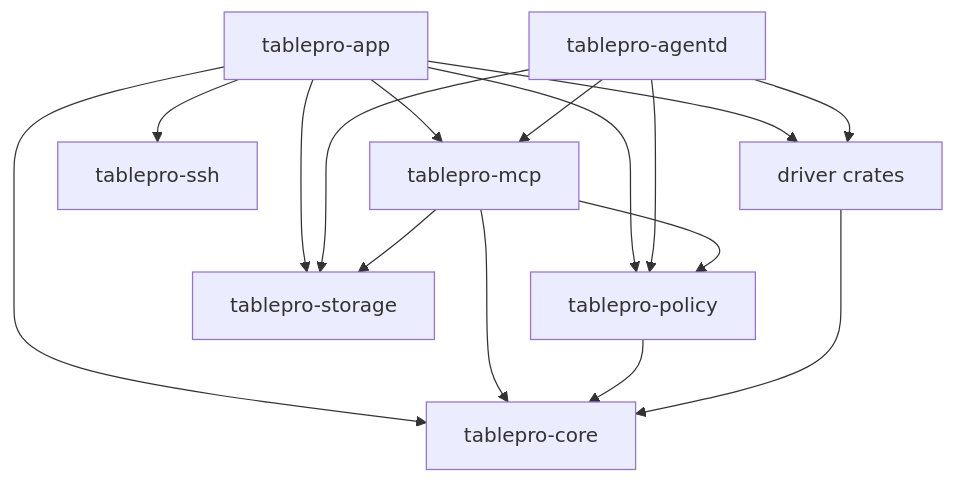
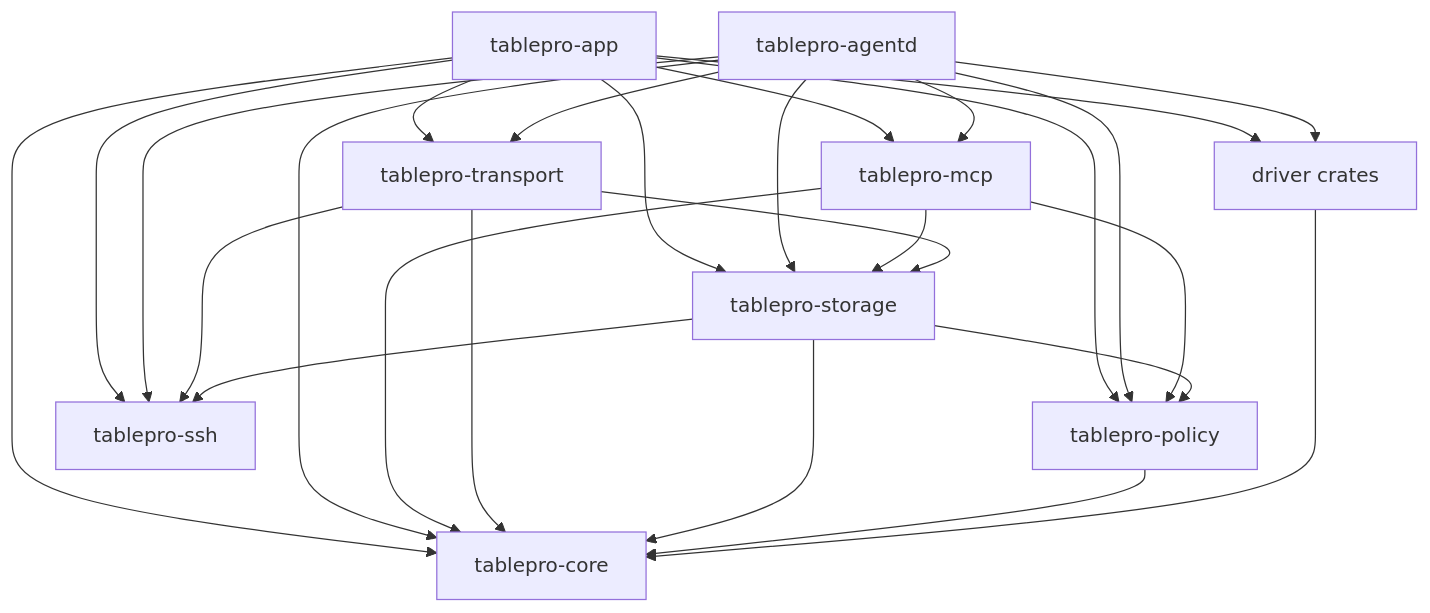
The diagram in linux/ARCHITECTURE.md (cozyGarage/BookiE), drawn with Mermaid before and after one commit. The commit also changed other lines of this file and 27 other files, not shown here.

Commit message:
docs: reconcile Linux architecture and older upstream releases

````diff
--- a/linux/ARCHITECTURE.md
+++ b/linux/ARCHITECTURE.md
@@ -40,18 +44,28 @@
 ```mermaid
 graph TD
     App[tablepro-app] --> Core[tablepro-core]
     App --> Policy[tablepro-policy]
     App --> Storage[tablepro-storage]
     App --> MCP[tablepro-mcp]
     App --> SSH[tablepro-ssh]
+    App --> Transport[tablepro-transport]
     App --> Drivers[driver crates]
-    Agent[tablepro-agentd] --> MCP
+    Agent[tablepro-agentd] --> Core
+    Agent --> SSH
+    Agent --> Transport
+    Agent --> MCP
     Agent --> Policy
     Agent --> Storage
     Agent --> Drivers
     MCP --> Core
     MCP --> Policy
     MCP --> Storage
+    Transport --> Core
+    Transport --> SSH
+    Transport --> Storage
+    Storage --> Core
+    Storage --> Policy
+    Storage --> SSH
     Policy --> Core
     Drivers --> Core
 ```
````
